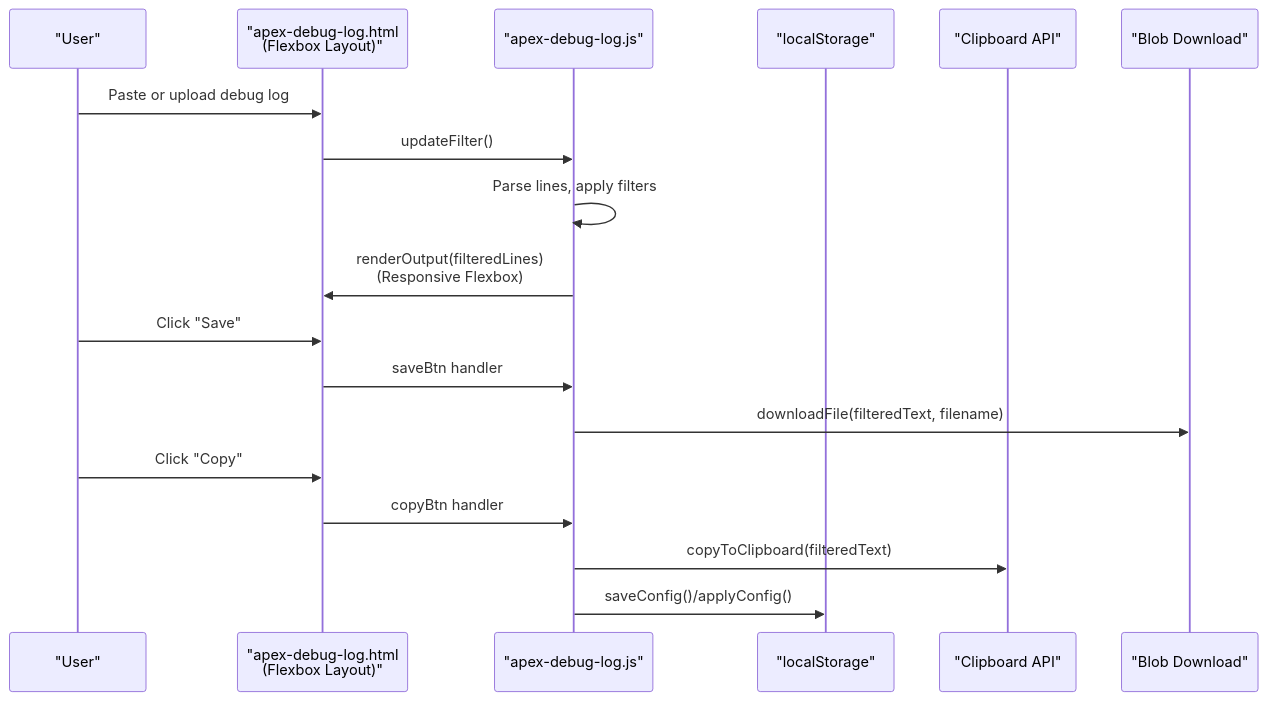
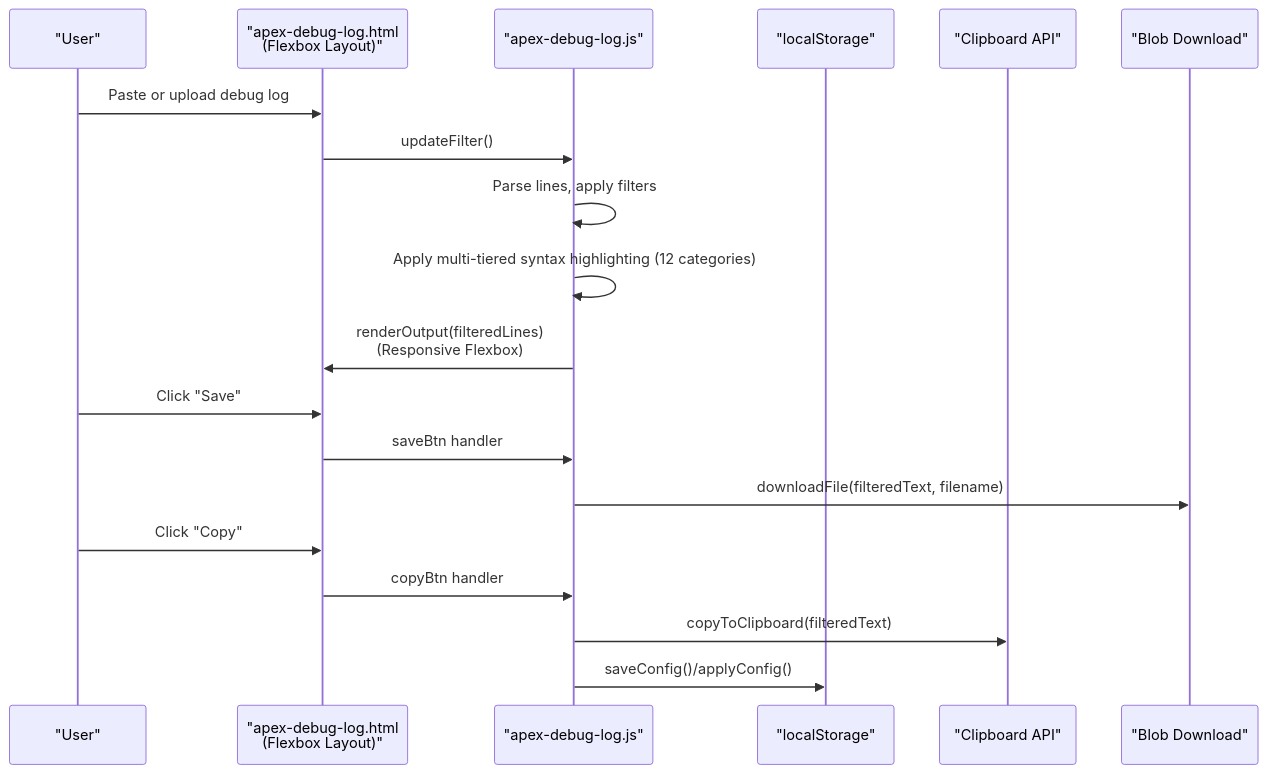
One commit to escaleraalcielo/developer-utilities changed the second of 4 diagrams in .qoder/repowiki/en/content/Development Utilities/Apex Debug Log Analyzer.md. Above: the diagram before and after it, drawn with Mermaid. The commit also changed other lines of this file and 3 other files, not shown here.

````diff
--- a/.qoder/repowiki/en/content/Development Utilities/Apex Debug Log Analyzer.md
+++ b/.qoder/repowiki/en/content/Development Utilities/Apex Debug Log Analyzer.md
@@ -112,20 +117,21 @@
 ```mermaid
 sequenceDiagram
 participant U as "User"
 participant UI as "apex-debug-log.html<br/>(Flexbox Layout)"
 participant JS as "apex-debug-log.js"
 participant LS as "localStorage"
 participant CL as "Clipboard API"
 participant DL as "Blob Download"
 U->>UI : Paste or upload debug log
 UI->>JS : updateFilter()
 JS->>JS : Parse lines, apply filters
+JS->>JS : Apply multi-tiered syntax highlighting (12 categories)
 JS->>UI : renderOutput(filteredLines)<br/>(Responsive Flexbox)
 U->>UI : Click "Save"
 UI->>JS : saveBtn handler
 JS->>DL : downloadFile(filteredText, filename)
 U->>UI : Click "Copy"
 UI->>JS : copyBtn handler
 JS->>CL : copyToClipboard(filteredText)
 JS->>LS : saveConfig()/applyConfig()
 ```
````
